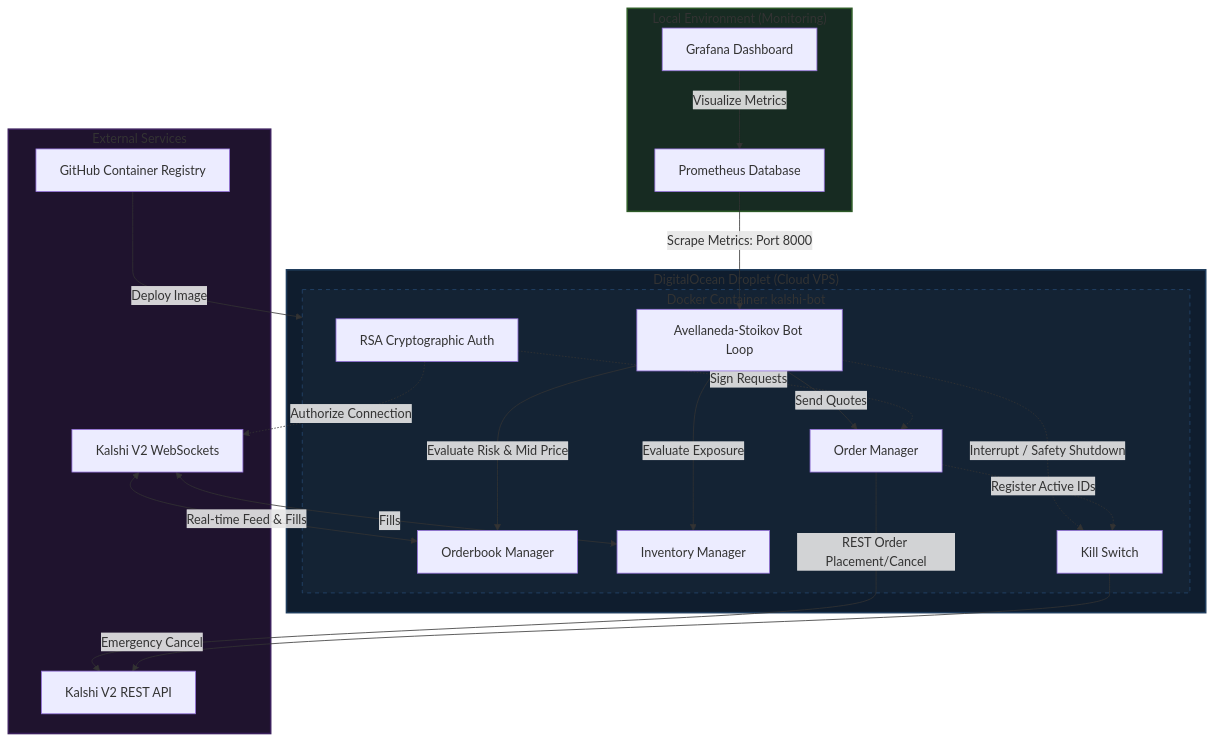
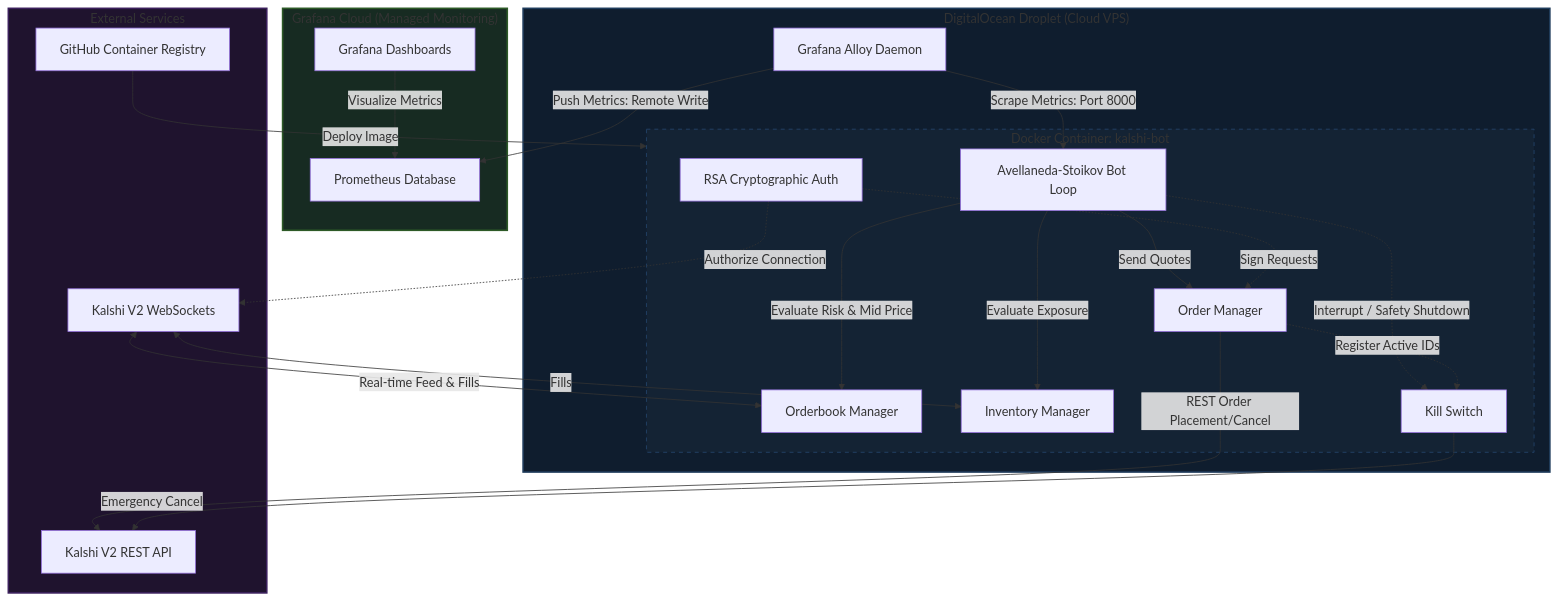
The diagram in README.md (KelCodesStuff/Kalshi-Trading-Bot), drawn with Mermaid before and after one commit. The commit also changed other lines of this file, not shown here.

Commit message:
docs: add quick start guide, consolidate documentation, and update architecture diagram to reflect Grafana Alloy telemetry

````diff
--- a/README.md
+++ b/README.md
@@ -7,41 +25,46 @@
 ```mermaid
 graph TD
-    subgraph LocalEnv ["Local Environment (Monitoring)"]
-        Grafana[Grafana Dashboard] -->|Visualize Metrics| Prometheus[Prometheus Database]
+    subgraph GrafanaCloud ["Grafana Cloud (Managed Monitoring)"]
+        Grafana[Grafana Dashboards] -->|Visualize Metrics| CloudProm[Prometheus Database]
     end
 
     subgraph DigitalOcean ["DigitalOcean Droplet (Cloud VPS)"]
+        Alloy[Grafana Alloy Daemon]
+
         subgraph DockerContainer ["Docker Container: kalshi-bot"]
             BotLoop[Avellaneda-Stoikov Bot Loop]
             OrderBook[Orderbook Manager]
             InvManager[Inventory Manager]
             OrderManager[Order Manager]
             KillSwitch[Kill Switch]
             Auth[RSA Cryptographic Auth]
         end
     end
 
     subgraph External ["External Services"]
         GHCR[GitHub Container Registry] -->|Deploy Image| DockerContainer
         KalshiWS[Kalshi V2 WebSockets] <-->|Real-time Feed & Fills| OrderBook
         KalshiWS <-->|Fills| InvManager
         OrderManager -->|REST Order Placement/Cancel| KalshiREST[Kalshi V2 REST API]
         KillSwitch -->|Emergency Cancel| KalshiREST
-        Prometheus -->|Scrape Metrics: Port 8000| BotLoop
     end
 
     %% Flow relationships inside the container
     BotLoop -->|Evaluate Risk & Mid Price| OrderBook
     BotLoop -->|Evaluate Exposure| InvManager
     BotLoop -->|Send Quotes| OrderManager
     BotLoop -.->|Interrupt / Safety Shutdown| KillSwitch
     OrderManager -.->|Register Active IDs| KillSwitch
     Auth -.->|Sign Requests| OrderManager
     Auth -.->|Authorize Connection| KalshiWS
 
+    %% Telemetry pipeline flows
+    Alloy -->|Scrape Metrics: Port 8000| BotLoop
+    Alloy -->|Push Metrics: Remote Write| CloudProm
+
     %% Assign styles to subgraph containers
-    style LocalEnv fill:#172b22,stroke:#2d5a27,stroke-width:2px;
+    style GrafanaCloud fill:#172b22,stroke:#2d5a27,stroke-width:2px;
     style DigitalOcean fill:#0f1d2e,stroke:#1f3c5c,stroke-width:2px;
     style External fill:#1f132e,stroke:#3b205c,stroke-width:2px;
     style DockerContainer fill:#142334,stroke:#264870,stroke-width:1px,stroke-dasharray: 5 5;
 ```
````
